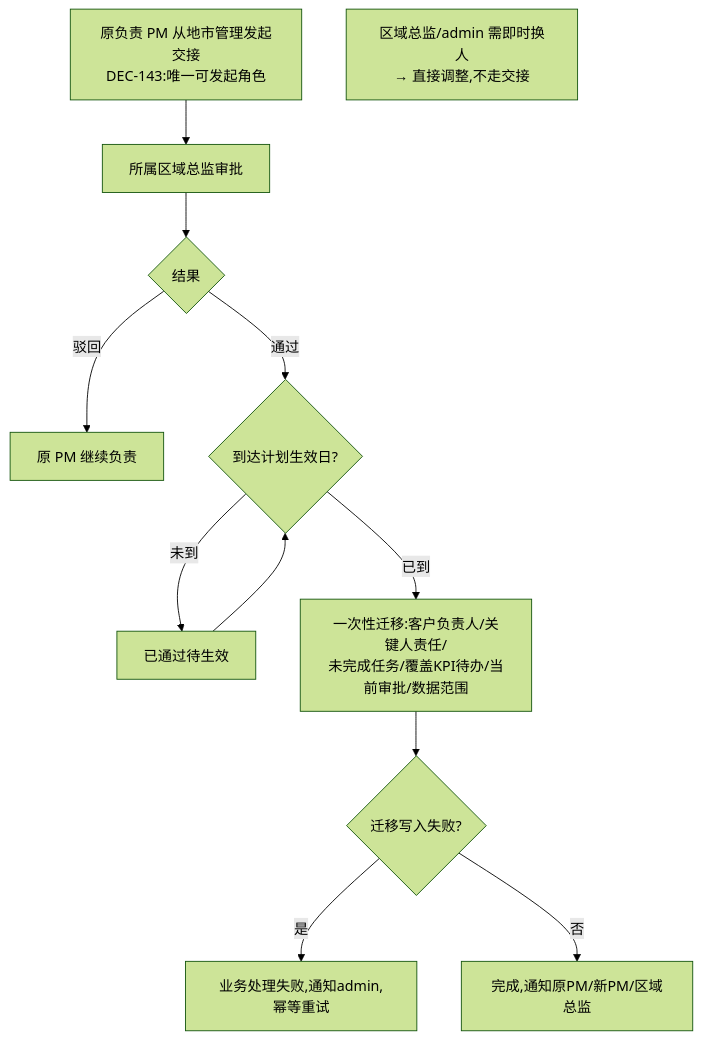
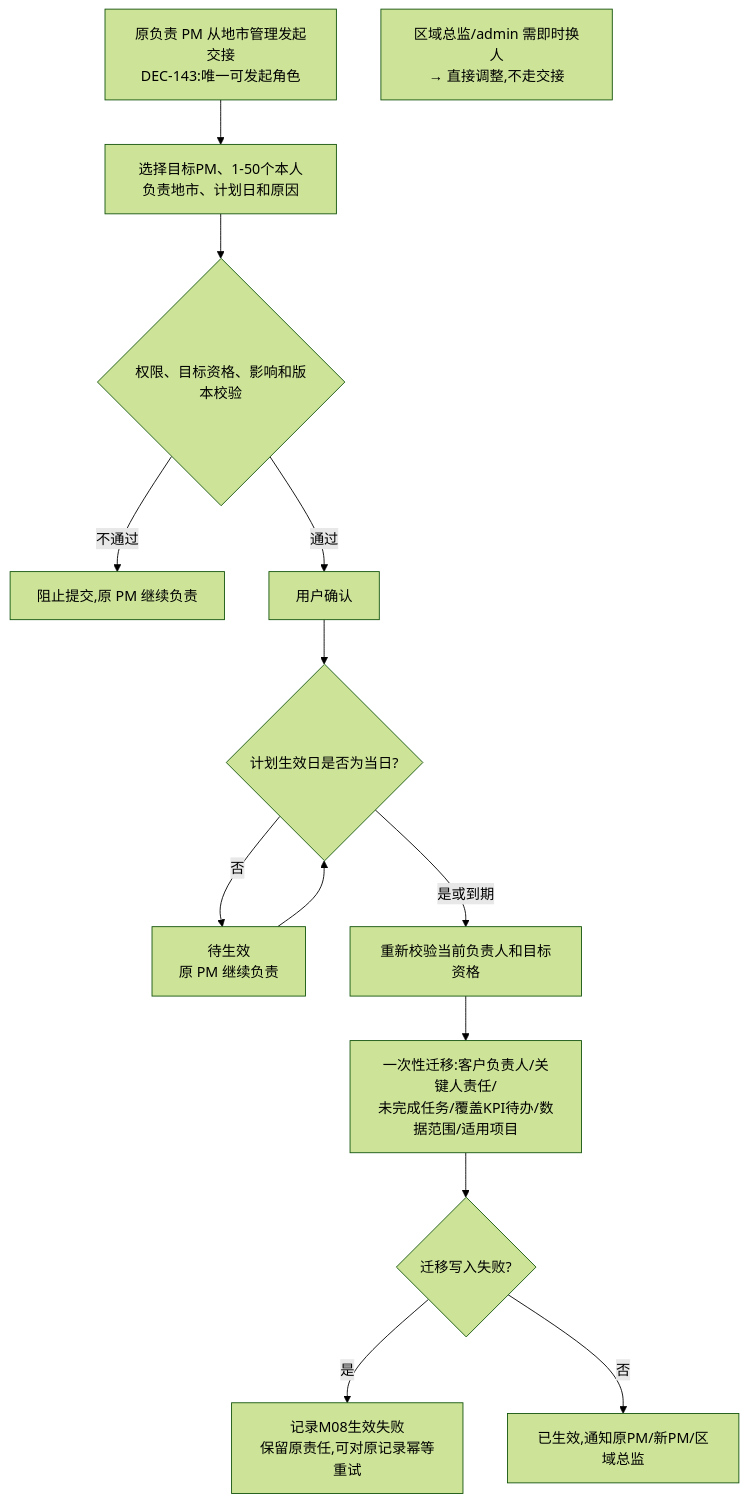
One commit to Joker-1030/Yingjia-Internal-Management-System changed the diagram in prd-workspace/current/user-flows/FLOW-10-M08-city-handover-approval.md. Above: the diagram before and after it, drawn with Mermaid (forest theme). The commit also changed other lines of this file and 95 other files, not shown here.

````diff
--- a/prd-workspace/current/user-flows/FLOW-10-M08-city-handover-approval.md
+++ b/prd-workspace/current/user-flows/FLOW-10-M08-city-handover-approval.md
@@ -8,14 +8,16 @@
 ```mermaid
 flowchart TD
-    A[原负责 PM 从地市管理发起交接<br/>DEC-143:唯一可发起角色] --> C[所属区域总监审批]
-    C --> F{结果}
-    F -- 驳回 --> H[原 PM 继续负责]
-    F -- 通过 --> I{到达计划生效日?}
-    I -- 未到 --> J[已通过待生效]
+    A[原负责 PM 从地市管理发起交接<br/>DEC-143:唯一可发起角色] --> B[选择目标PM、1-50个本人负责地市、计划日和原因]
+    B --> C{权限、目标资格、影响和版本校验}
+    C -- 不通过 --> H[阻止提交,原 PM 继续负责]
+    C -- 通过 --> D[用户确认]
+    D --> I{计划生效日是否为当日?}
+    I -- 否 --> J[待生效<br/>原 PM 继续负责]
     J --> I
-    I -- 已到 --> G[一次性迁移:客户负责人/关键人责任/<br/>未完成任务/覆盖KPI待办/当前审批/数据范围]
+    I -- 是或到期 --> E[重新校验当前负责人和目标资格]
+    E --> G[一次性迁移:客户负责人/关键人责任/<br/>未完成任务/覆盖KPI待办/数据范围/适用项目]
     G --> K{迁移写入失败?}
-    K -- 是 --> L[业务处理失败,通知admin,幂等重试]
-    K -- 否 --> M[完成,通知原PM/新PM/区域总监]
+    K -- 是 --> L[记录M08生效失败<br/>保留原责任,可对原记录幂等重试]
+    K -- 否 --> M[已生效,通知原PM/新PM/区域总监]
     N[区域总监/admin 需即时换人<br/>→ 直接调整,不走交接]
 ```
````
